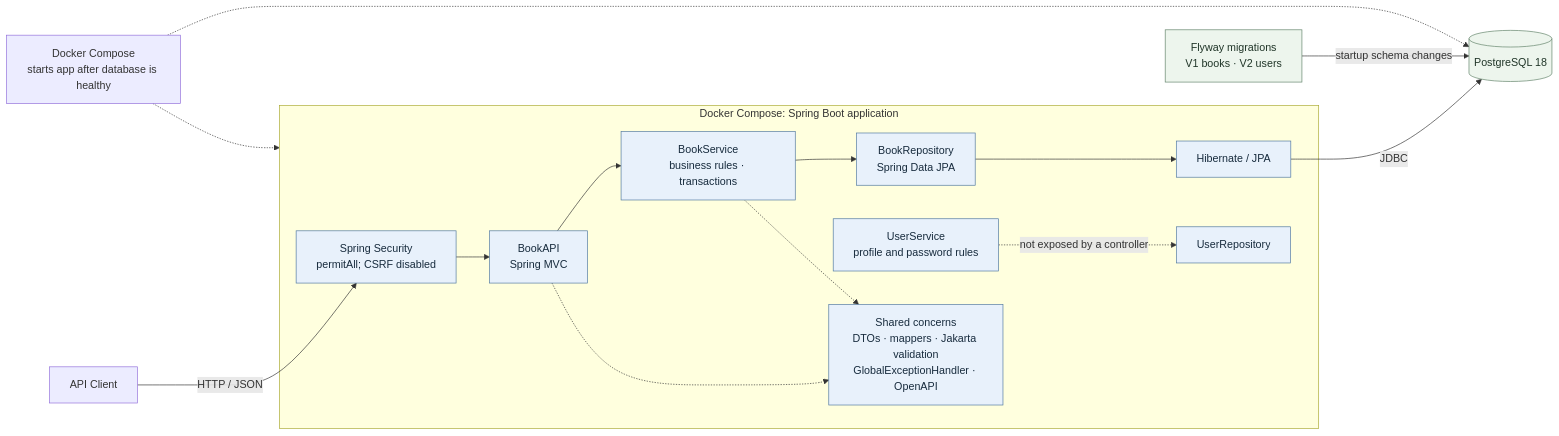
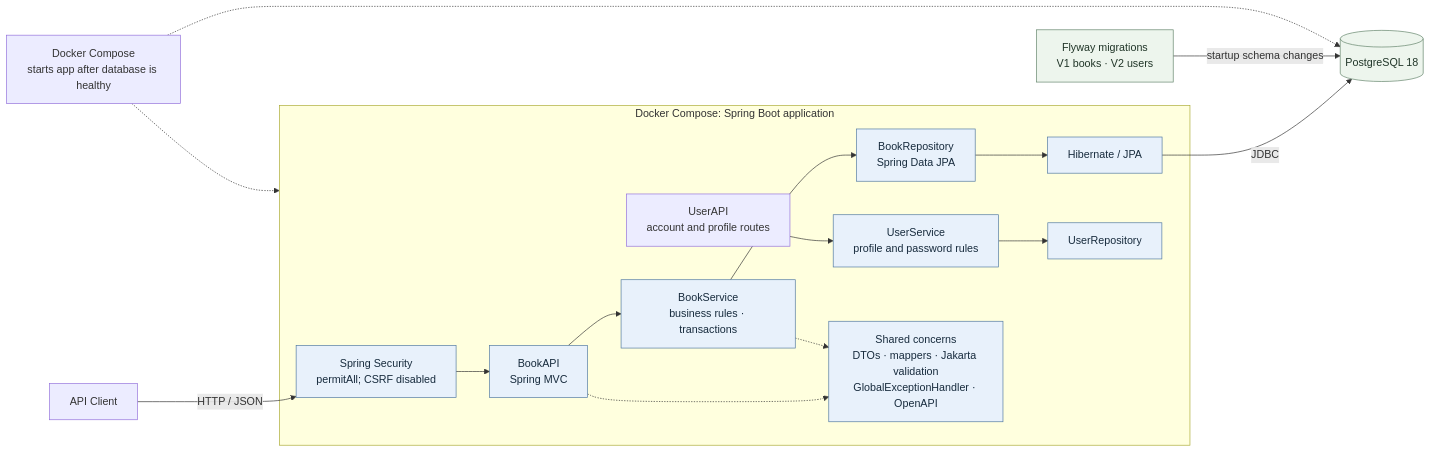
The first of 2 diagrams in data/readmes/kyledelfin2006__libro-library-system.md (zqf20096327/dbhub_collect), drawn with Mermaid before and after one commit. The commit also changed other lines of this file and 377 other files, not shown here.

````diff
--- a/data/readmes/kyledelfin2006__libro-library-system.md
+++ b/data/readmes/kyledelfin2006__libro-library-system.md
@@ -70,24 +72,24 @@
 ```mermaid
 flowchart LR
     Client["API Client"] -->|HTTP / JSON| Security["Spring Security<br/>permitAll; CSRF disabled"]
     subgraph App["Docker Compose: Spring Boot application"]
         API["BookAPI<br/>Spring MVC"] --> Service["BookService<br/>business rules · transactions"]
         Service --> Repo["BookRepository<br/>Spring Data JPA"]
         Repo --> ORM["Hibernate / JPA"]
-        User["UserService<br/>profile and password rules"]
-        User -. "not exposed by a controller" .-> UserRepo["UserRepository"]
+        UserAPI["UserAPI<br/>account and profile routes"] --> User["UserService<br/>profile and password rules"]
+        User --> UserRepo["UserRepository"]
         Shared["Shared concerns<br/>DTOs · mappers · Jakarta validation<br/>GlobalExceptionHandler · OpenAPI"]
         Security --> API
         API -.-> Shared
         Service -.-> Shared
     end
     ORM -->|JDBC| DB[("PostgreSQL 18")]
     Flyway["Flyway migrations<br/>V1 books · V2 users"] -->|startup schema changes| DB
     Compose["Docker Compose<br/>starts app after database is healthy"] -.-> App
     Compose -.-> DB
 
     classDef service fill:#e8f1fb,stroke:#5078a0,color:#172b3d
     classDef data fill:#edf5ed,stroke:#62836a,color:#203528
     class API,Service,Repo,ORM,User,UserRepo,Shared,Security service
     class DB,Flyway data
 ```
````
